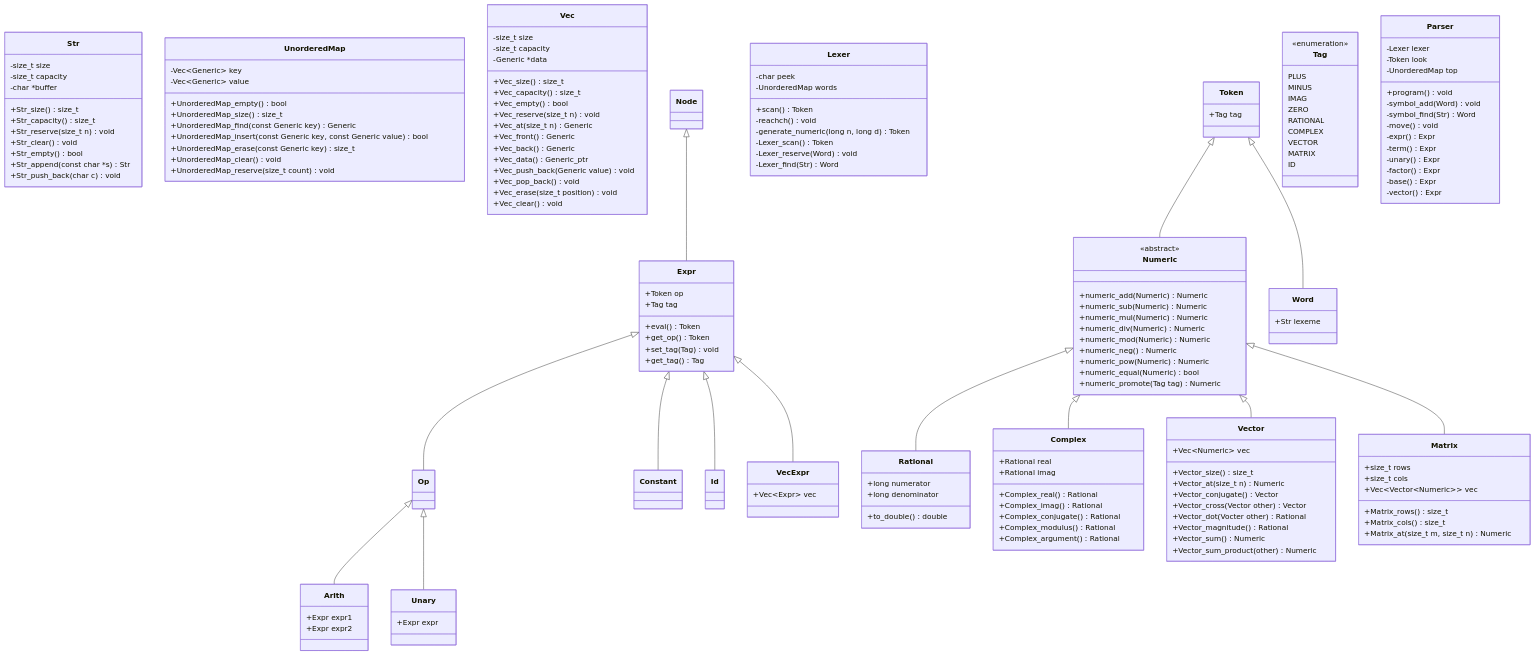
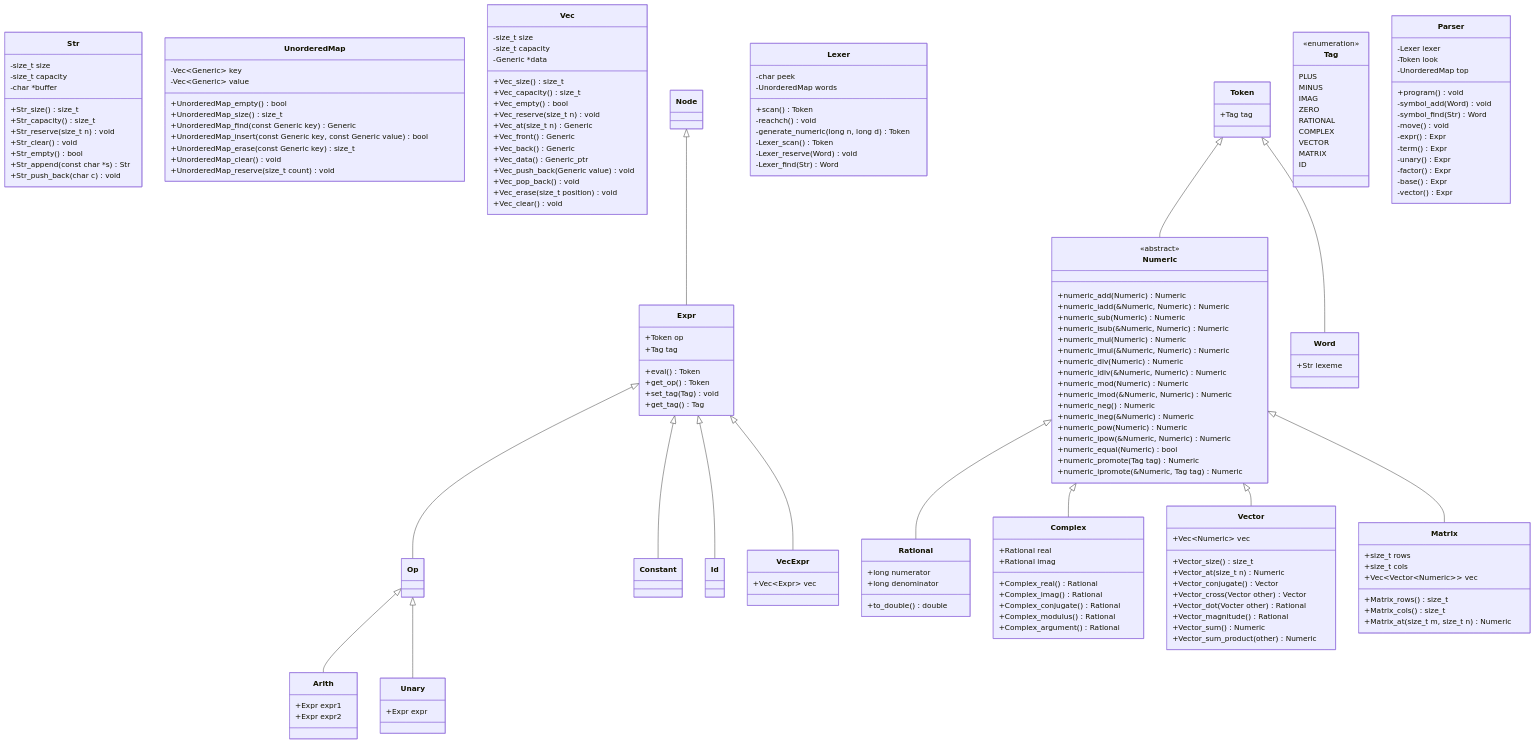
The diagram in diagram.md (nwhean/42_computorv), drawn with Mermaid before and after one commit. The commit also changed 15 other files, not shown here.

```diff
--- a/diagram.md
+++ b/diagram.md
@@ -122,14 +122,22 @@
 	class Numeric {
 		<<abstract>>
 		+numeric_add(Numeric) Numeric
+		+numeric_iadd(&Numeric, Numeric) Numeric
 		+numeric_sub(Numeric) Numeric
+		+numeric_isub(&Numeric, Numeric) Numeric
 		+numeric_mul(Numeric) Numeric
+		+numeric_imul(&Numeric, Numeric) Numeric
 		+numeric_div(Numeric) Numeric
+		+numeric_idiv(&Numeric, Numeric) Numeric
 		+numeric_mod(Numeric) Numeric
+		+numeric_imod(&Numeric, Numeric) Numeric
 		+numeric_neg() Numeric
+		+numeric_ineg(&Numeric) Numeric
 		+numeric_pow(Numeric) Numeric
+		+numeric_ipow(&Numeric, Numeric) Numeric
 		+numeric_equal(Numeric) bool
 		+numeric_promote(Tag tag) Numeric
+		+numeric_ipromote(&Numeric, Tag tag) Numeric
 	}
 
 	class Tag {
```
